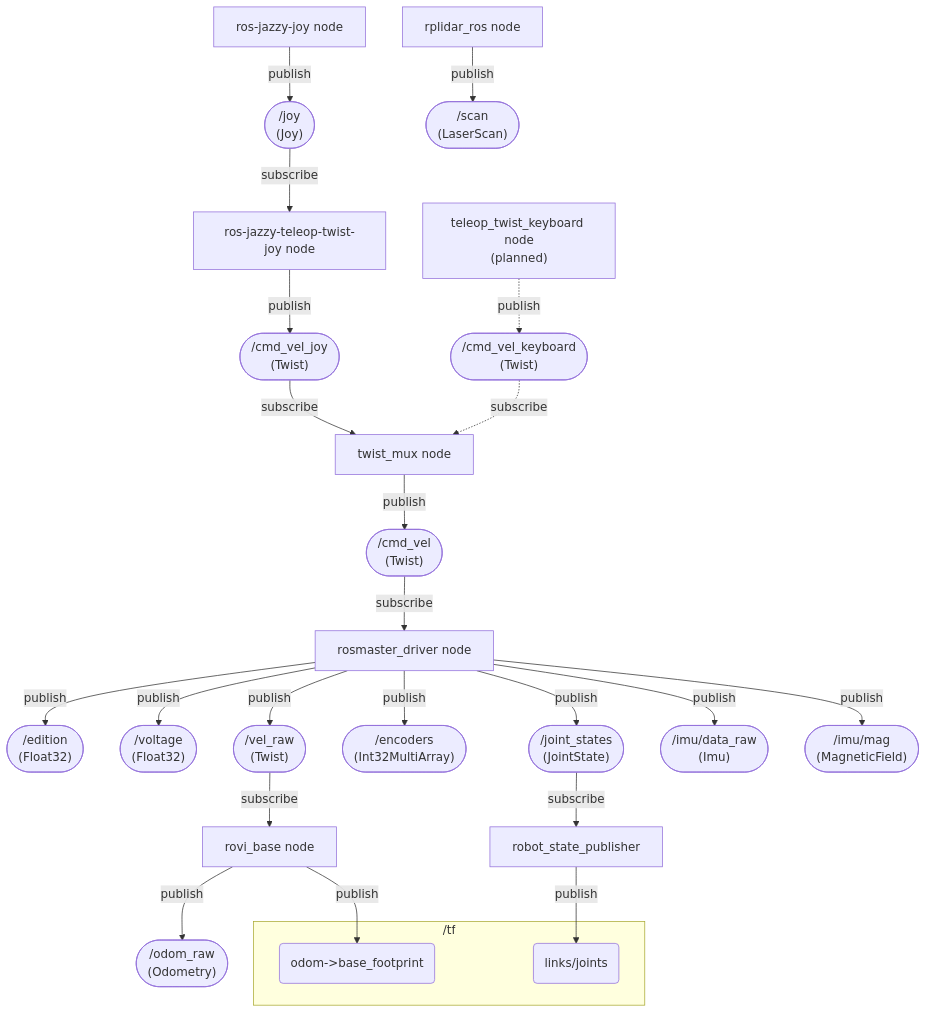
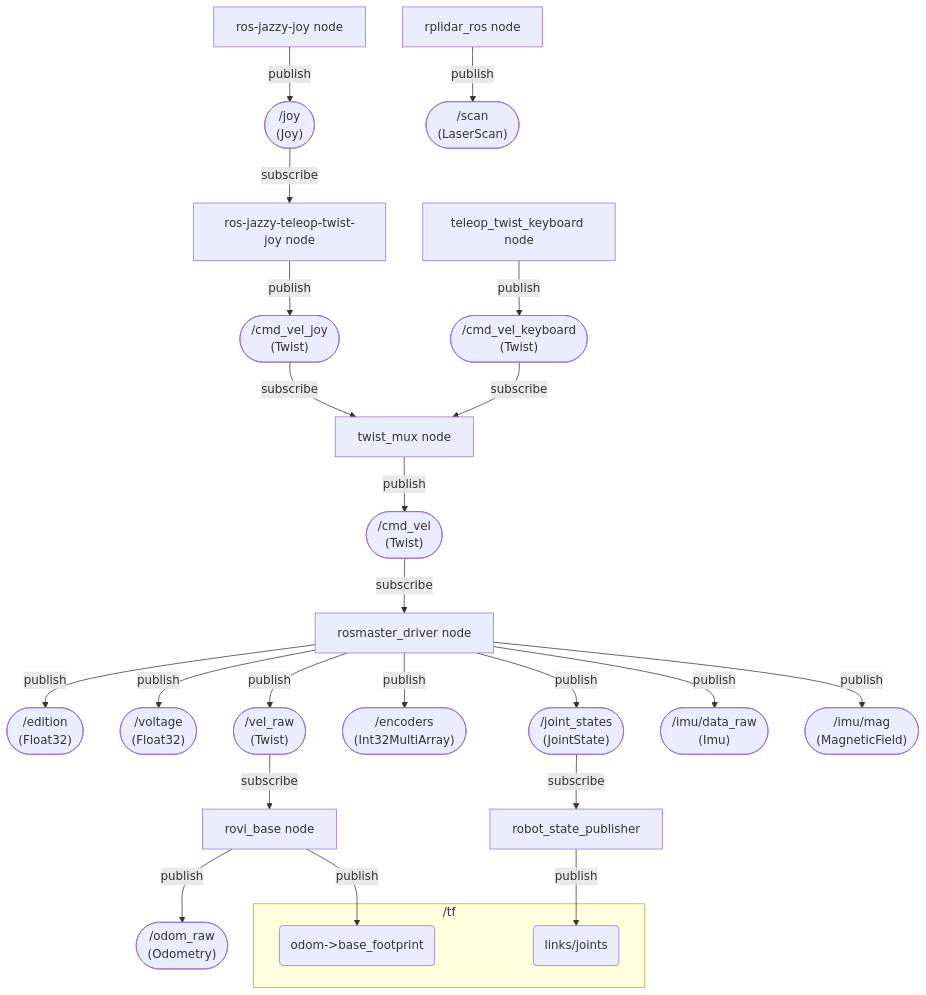
Before and after one commit to Roblibs/rovi_ros_ws: the second of 12 diagrams in README.md, drawn with Mermaid. The commit also changed other lines of this file and 7 other files, not shown here.

````diff
--- a/README.md
+++ b/README.md
@@ -239,60 +240,60 @@
 ```mermaid
 flowchart TD
   Rosmaster[rosmaster_driver node]
 
   Joystick["ros-jazzy-joy node"]
   JOY(["/joy<br/>(Joy)"])
   Joystick -->|publish| JOY
 
   RoviJoy["ros-jazzy-teleop-twist-joy node"]
   JOY -->|subscribe| RoviJoy
   CMD_JOY(["/cmd_vel_joy<br/>(Twist)"])
   RoviJoy -->|publish| CMD_JOY
 
-  Keyboard["teleop_twist_keyboard node<br/>(planned)"]
+  Keyboard["teleop_twist_keyboard node"]
   CMD_KEY(["/cmd_vel_keyboard<br/>(Twist)"])
-  Keyboard -.->|publish| CMD_KEY
+  Keyboard -->|publish| CMD_KEY
 
   TwistMux["twist_mux node"]
   CMD_JOY -->|subscribe| TwistMux
-  CMD_KEY -.->|subscribe| TwistMux
+  CMD_KEY -->|subscribe| TwistMux
   CMD(["/cmd_vel<br/>(Twist)"])
   TwistMux -->|publish| CMD
 
   CMD -->|subscribe| Rosmaster
   EDT(["/edition<br/>(Float32)"])
   VOL(["/voltage<br/>(Float32)"])
   VRAW(["/vel_raw<br/>(Twist)"])
   JSTATE(["/joint_states<br/>(JointState)"])
   ENC(["/encoders<br/>(Int32MultiArray)"])
   IMU_RAW(["/imu/data_raw<br/>(Imu)"])
   MAG(["/imu/mag<br/>(MagneticField)"])
   Rosmaster -->|publish| EDT
   Rosmaster -->|publish| VOL
   Rosmaster -->|publish| VRAW
   Rosmaster -->|publish| ENC
   Rosmaster -->|publish| JSTATE
   Rosmaster -->|publish| IMU_RAW
   Rosmaster -->|publish| MAG
 
   RoviBase["rovi_base node"]
   VRAW -->|subscribe| RoviBase
   ODRAW(["/odom_raw<br/>(Odometry)"])
 
   subgraph TF["/tf"]
     TF_ODOM_BASE("odom->base_footprint")
     TF_LINKS_JOINTS("links/joints")
   end
 
   RoviBase -->|publish| ODRAW
   RoviBase -->|publish| TF_ODOM_BASE
 
   RSP["robot_state_publisher"]
   JSTATE -->|subscribe| RSP
   RSP -->|publish| TF_LINKS_JOINTS
 
   RPLidar["rplidar_ros node"]
   SCAN(["/scan<br/>(LaserScan)"])
   RPLidar -->|publish| SCAN
 
 ```
````
